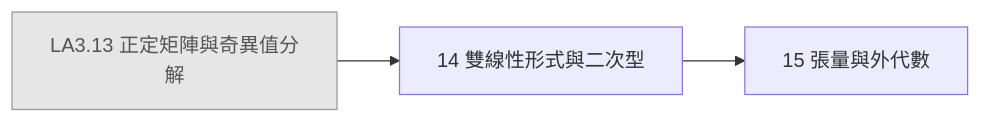
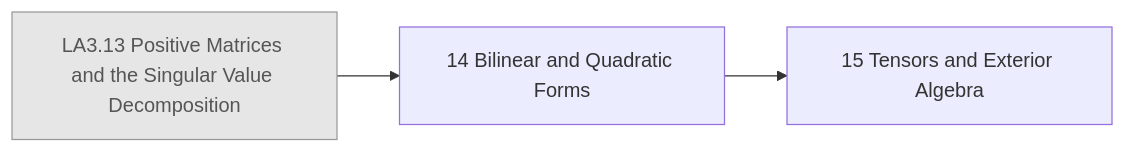
Before and after one commit to AkizumiFox/math-atlas: the tenth of 26 diagrams in generated/README.md, drawn with Mermaid. The commit also changed other lines of this file and 36 other files, not shown here.

````diff
--- a/generated/README.md
+++ b/generated/README.md
@@ -278,11 +277,11 @@
 ```mermaid
 flowchart LR
-  LA3_13["LA3.13 正定矩陣與奇異值分解"]:::ext
-  LA4_14["14 雙線性形式與二次型"]
-  LA4_15["15 張量與外代數"]
+  LA3_13["LA3.13 Positive Matrices and the Singular Value Decomposition"]:::ext
+  LA4_14["14 Bilinear and Quadratic Forms"]
+  LA4_15["15 Tensors and Exterior Algebra"]
   LA3_13 --> LA4_14
   LA4_14 --> LA4_15
   classDef ext fill:#e6e6e6,stroke:#999,color:#555
   classDef opt fill:#fff,stroke:#999,stroke-dasharray:4 3,color:#555
   classDef segb fill:#f6f6fb,stroke:#99a,color:#333
 ```
````
